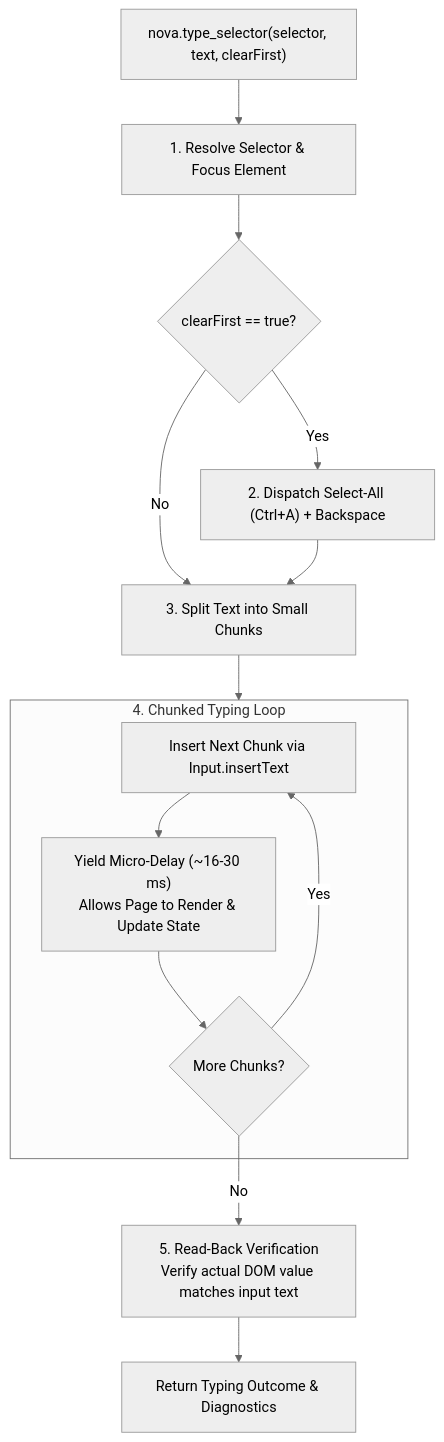
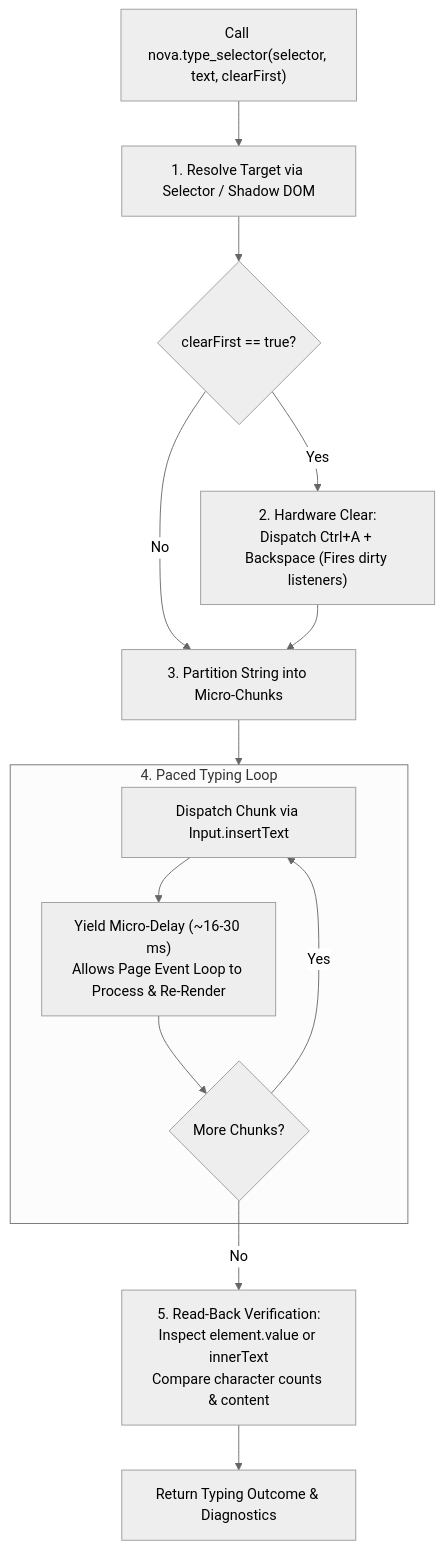
One commit to joelaniol/nova changed the fourth of 5 diagrams in docs/core-features/browser-interaction/input-dispatch/README.md. Above: the diagram before and after it, drawn with Mermaid (neutral theme). The commit also changed other lines of this file and 6 other files, not shown here.

Commit message:
docs(browser-interaction): expand architectural reference with input dispatch, drag polyfill, and guarded macros

````diff
--- a/docs/core-features/browser-interaction/input-dispatch/README.md
+++ b/docs/core-features/browser-interaction/input-dispatch/README.md
@@ -103,20 +106,20 @@
 ```mermaid
 flowchart TD
-    Start["nova.type_selector(selector, text, clearFirst)"] --> Focus["1. Resolve Selector & Focus Element"]
-    Focus --> ClearCheck{"clearFirst == true?"}
-    ClearCheck -->|Yes| ClearContent["2. Dispatch Select-All (Ctrl+A) + Backspace"]
-    ClearCheck -->|No| ChunkSplit["3. Split Text into Small Chunks"]
-    ClearContent --> ChunkSplit
+    Start["Call nova.type_selector(selector, text, clearFirst)"] --> ResolveTarget["1. Resolve Target via Selector / Shadow DOM"]
+    ResolveTarget --> ClearCheck{"clearFirst == true?"}
+    ClearCheck -- "Yes" --> ClearHW["2. Hardware Clear:\nDispatch Ctrl+A + Backspace (Fires dirty listeners)"]
+    ClearCheck -- "No" --> SplitChunks["3. Partition String into Micro-Chunks"]
+    ClearHW --> SplitChunks
 
-    subgraph TypingLoop["4. Chunked Typing Loop"]
-        ChunkInsert["Insert Next Chunk via Input.insertText"]
-        YieldFrame["Yield Micro-Delay (~16-30 ms)\nAllows Page to Render & Update State"]
-        ChunkInsert --> YieldFrame
-        YieldFrame --> NextChunk{"More Chunks?"}
-        NextChunk -->|Yes| ChunkInsert
+    subgraph PacedLoop["4. Paced Typing Loop"]
+        InjectChunk["Dispatch Chunk via Input.insertText"]
+        MicroDelay["Yield Micro-Delay (~16-30 ms)\nAllows Page Event Loop to Process & Re-Render"]
+        InjectChunk --> MicroDelay
+        MicroDelay --> CheckDone{"More Chunks?"}
+        CheckDone -- "Yes" --> InjectChunk
     end
 
-    ChunkSplit --> TypingLoop
-    NextChunk -->|No| ReadBack["5. Read-Back Verification\nVerify actual DOM value matches input text"]
-    ReadBack --> Complete["Return Typing Outcome & Diagnostics"]
+    SplitChunks --> PacedLoop
+    CheckDone -- "No" --> ReadBack["5. Read-Back Verification:\nInspect element.value or innerText\nCompare character counts & content"]
+    ReadBack --> Outcome["Return Typing Outcome & Diagnostics"]
 ```
````
